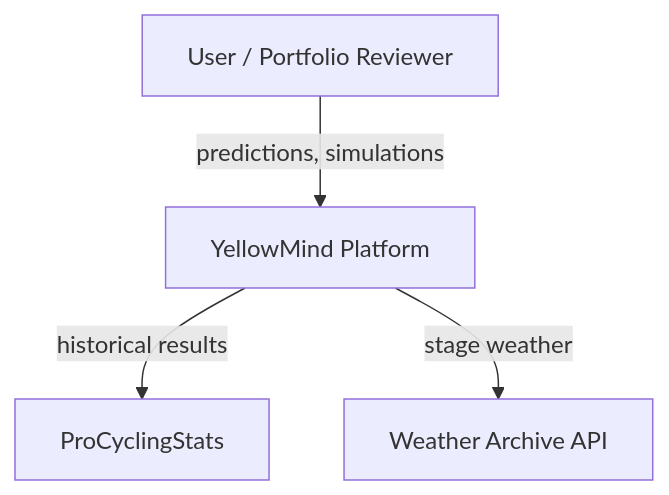
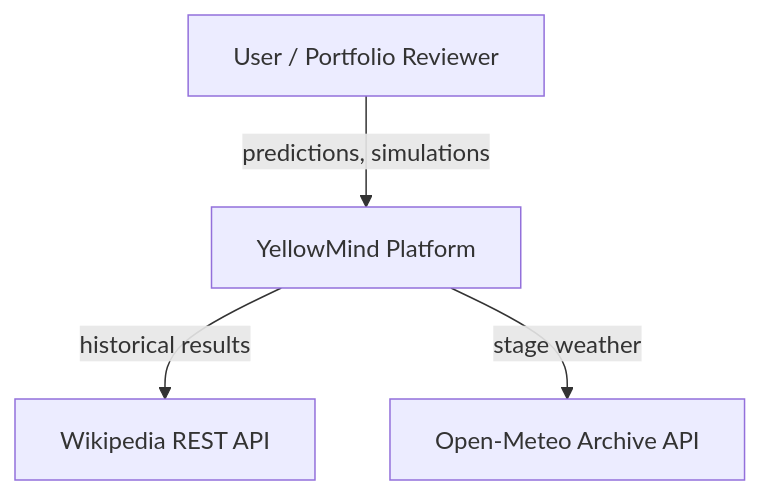
The first of 3 diagrams in docs/architecture/overview.md (McGalagane/YellowMind), drawn with Mermaid before and after one commit. The commit also changed other lines of this file and 6 other files, not shown here.

````diff
--- a/docs/architecture/overview.md
+++ b/docs/architecture/overview.md
@@ -7,12 +7,12 @@
 ```mermaid
 flowchart TB
     User[User / Portfolio Reviewer]
-    PCS[ProCyclingStats]
-    Weather[Weather Archive API]
+    Wiki[Wikipedia REST API]
+    Weather[Open-Meteo Archive API]
 
     YM[YellowMind Platform]
 
     User -->|predictions, simulations| YM
-    YM -->|historical results| PCS
+    YM -->|historical results| Wiki
     YM -->|stage weather| Weather
 ```
````
